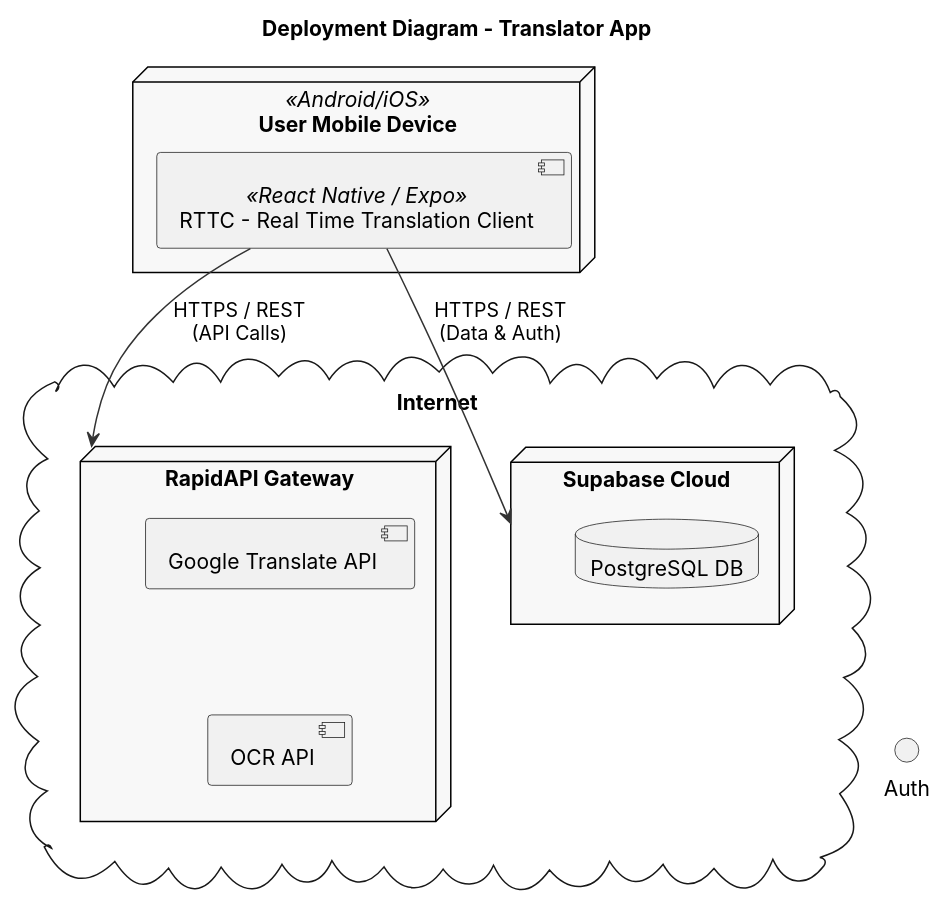
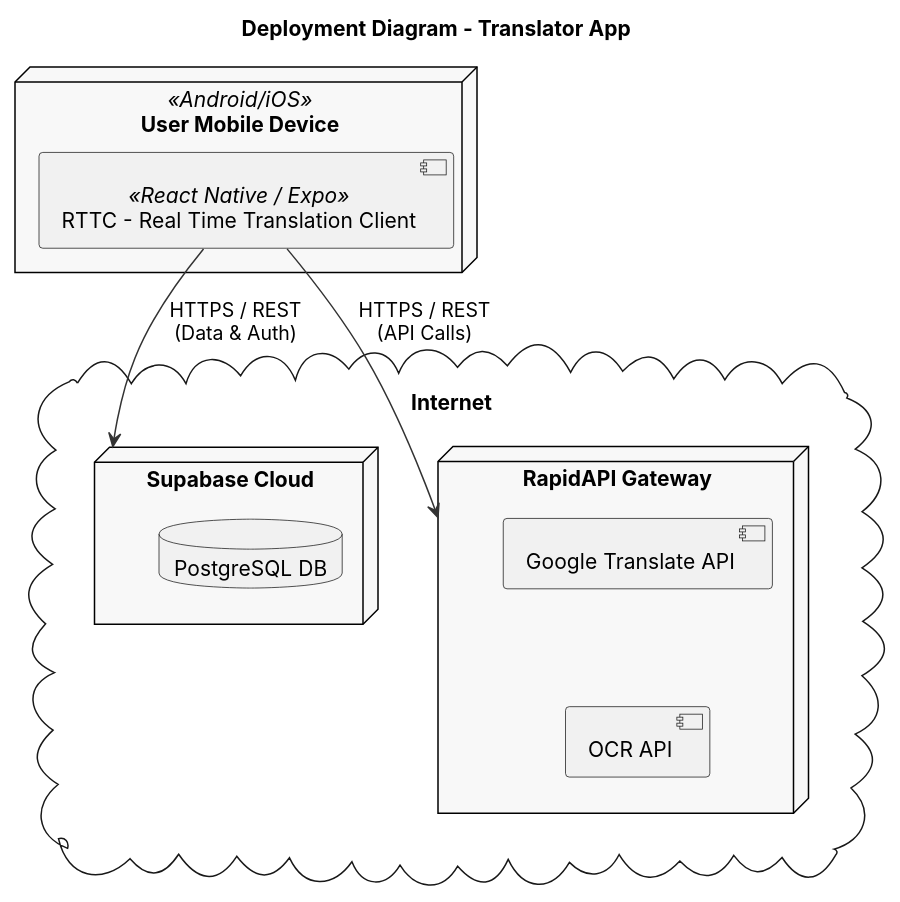
The diagram in pumls/Global-Artifacts/puml/DD.puml (VascoMagolo/DSSMV_PROJECTREACT_1231562_1230985), drawn with PlantUML before and after one commit.

Commit message:
Modified puml

```diff
--- a/pumls/Global-Artifacts/puml/DD.puml
+++ b/pumls/Global-Artifacts/puml/DD.puml
@@ -1,32 +1,32 @@
 @startuml Deployment Diagram
 title Deployment Diagram - Translator App
 
 skinparam defaultFontName "Inter"
 skinparam nodeBackgroundColor #F8F8F8
 skinparam nodeBorderColor #000000
 skinparam arrowColor #333333
 
 node "User Mobile Device" as Device <<Android/iOS>> {
     component "RTTC - Real Time Translation Client" as App <<React Native / Expo>>
 }
 
 cloud "Internet" {
     
     node "Supabase Cloud" as SupabaseNode {
         database "PostgreSQL DB" as DB
     }
 
     node "RapidAPI Gateway" as RapidAPI {
         component "Google Translate API" as TransAPI
         component "OCR API" as OCRService
     }
 }
 
 ' Connections
 App --> SupabaseNode : HTTPS / REST\n(Data & Auth)
 App --> RapidAPI : HTTPS / REST\n(API Calls)
 
-DB -[hidden]- Auth
+
 TransAPI -[hidden]- OCRService
 
 @enduml
```
